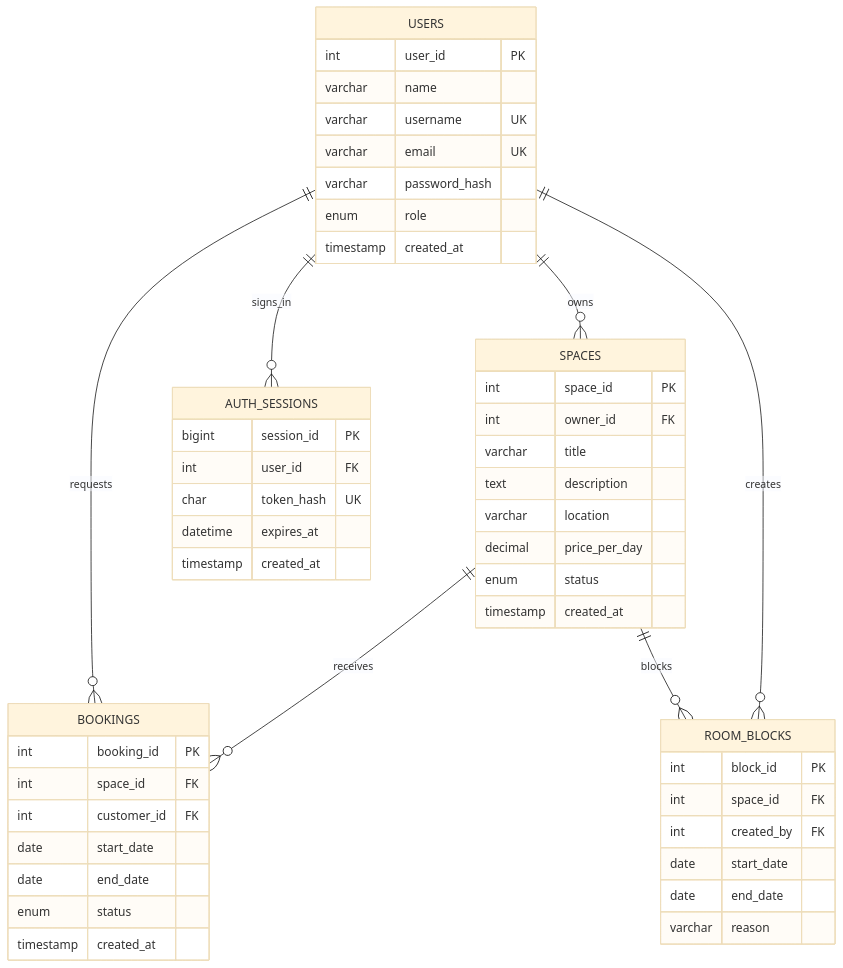
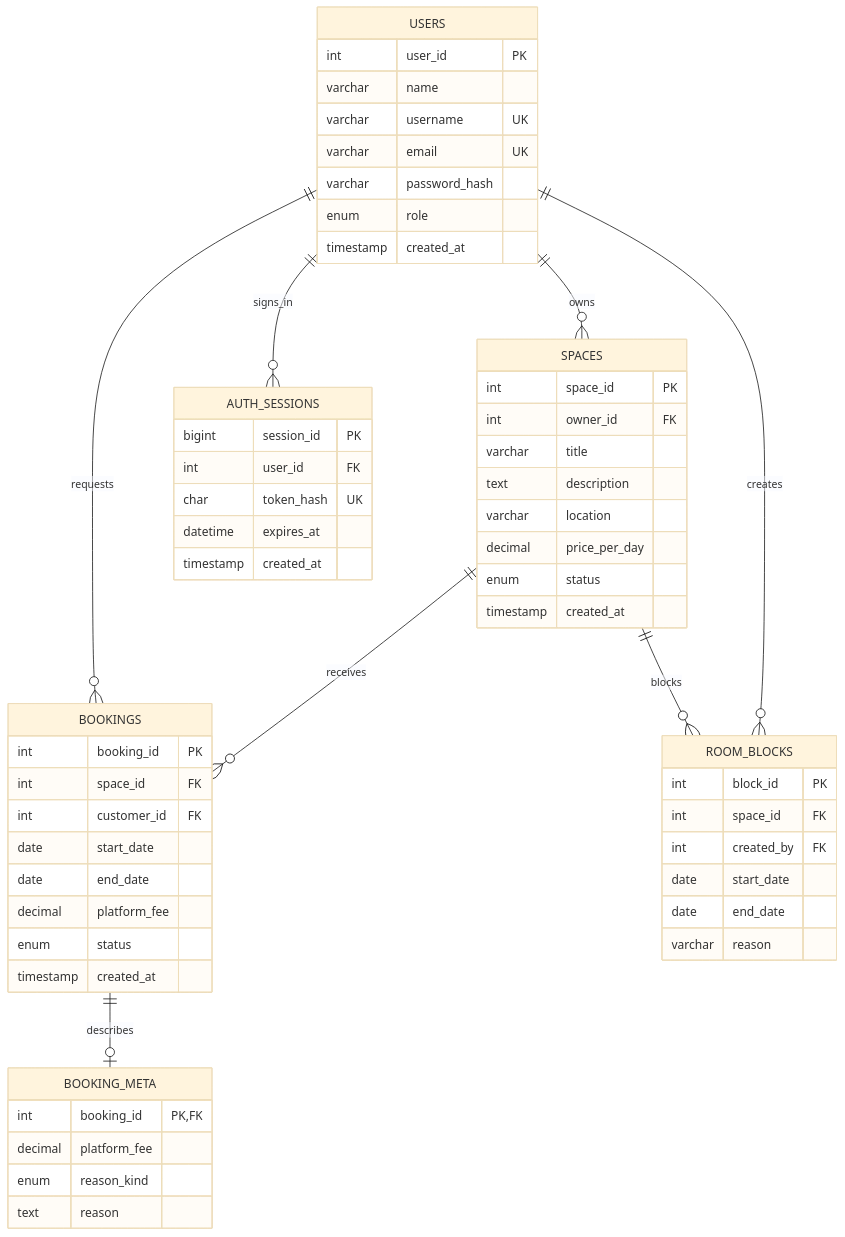
Before and after one commit to foolgood809-gif/rent-space-db: the diagram in docs/data-model.md, drawn with Mermaid (base theme). The commit also changed 3 other files, not shown here.

````diff
--- a/docs/data-model.md
+++ b/docs/data-model.md
@@ -5,53 +5,61 @@
 ```mermaid
 erDiagram
     USERS ||--o{ SPACES : owns
     USERS ||--o{ BOOKINGS : requests
     SPACES ||--o{ BOOKINGS : receives
+    BOOKINGS ||--o| BOOKING_META : describes
     SPACES ||--o{ ROOM_BLOCKS : blocks
     USERS ||--o{ ROOM_BLOCKS : creates
     USERS ||--o{ AUTH_SESSIONS : signs_in
 
     USERS {
         int user_id PK
         varchar name
         varchar username UK
         varchar email UK
         varchar password_hash
         enum role
         timestamp created_at
     }
     SPACES {
         int space_id PK
         int owner_id FK
         varchar title
         text description
         varchar location
         decimal price_per_day
         enum status
         timestamp created_at
     }
     BOOKINGS {
         int booking_id PK
         int space_id FK
         int customer_id FK
         date start_date
         date end_date
+        decimal platform_fee
         enum status
         timestamp created_at
+    }
+    BOOKING_META {
+        int booking_id PK, FK
+        decimal platform_fee
+        enum reason_kind
+        text reason
     }
     ROOM_BLOCKS {
         int block_id PK
         int space_id FK
         int created_by FK
         date start_date
         date end_date
         varchar reason
     }
     AUTH_SESSIONS {
         bigint session_id PK
         int user_id FK
         char token_hash UK
         datetime expires_at
         timestamp created_at
     }
 ```
````
